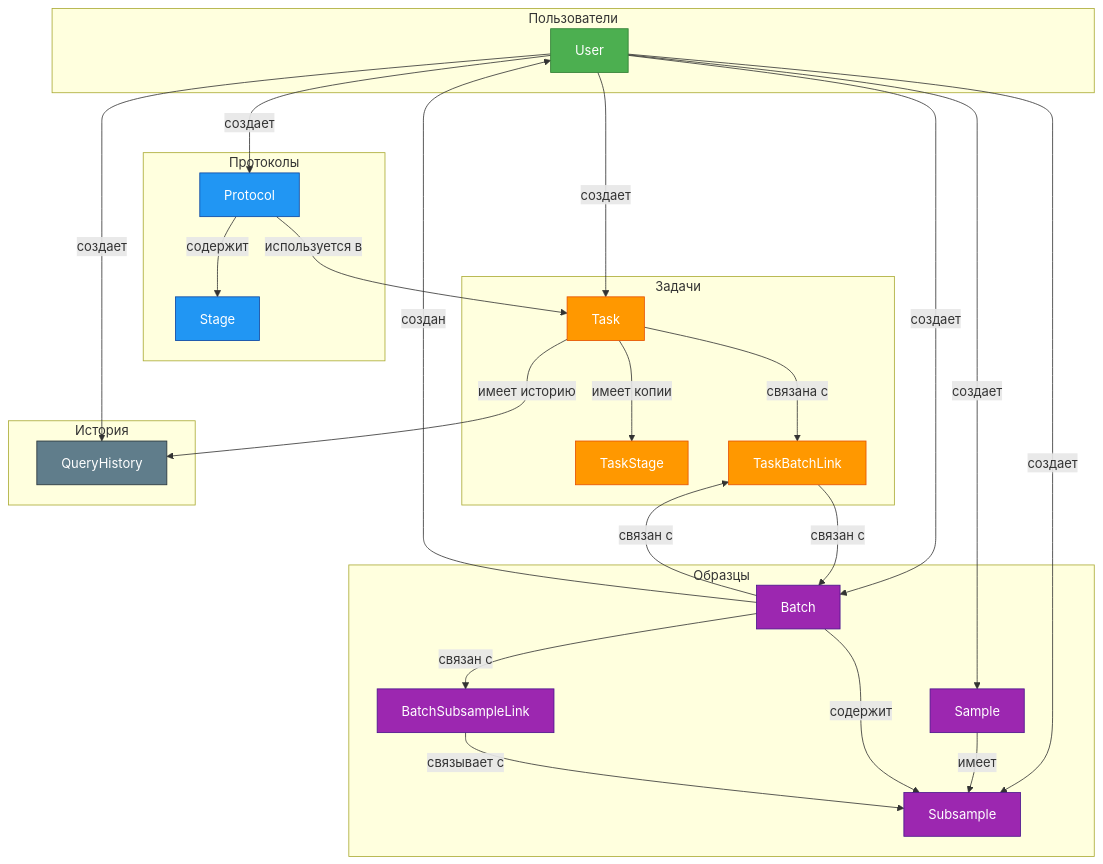
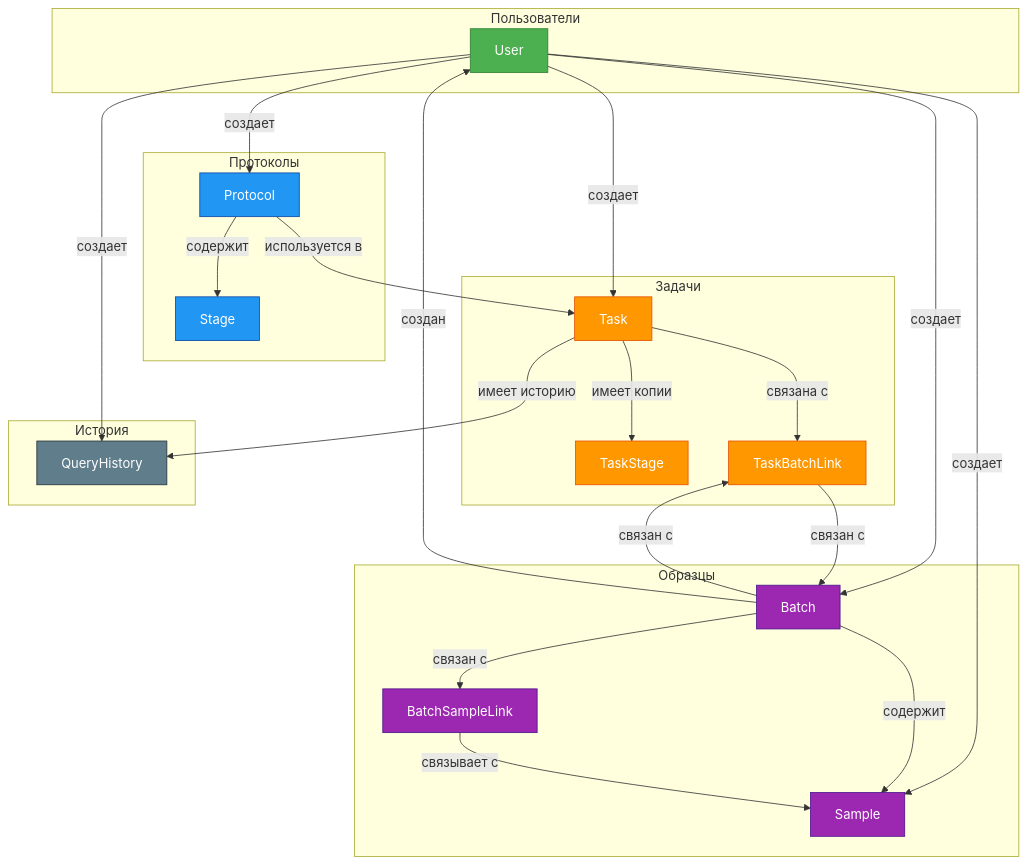
One commit to PHILIPP111007/philslab changed the diagram in README.md. Above: the diagram before and after it, drawn with Mermaid.

````diff
--- a/README.md
+++ b/README.md
@@ -5,64 +5,59 @@
 ```mermaid
 graph TB
     subgraph "Пользователи"
         User[User]
     end
 
     subgraph "Протоколы"
         Protocol[Protocol]
         Stage[Stage]
     end
 
     subgraph "Задачи"
         Task[Task]
         TaskStage[TaskStage]
         TaskBatchLink[TaskBatchLink]
     end
 
     subgraph "Образцы"
         Sample[Sample]
-        Subsample[Subsample]
         Batch[Batch]
-        BatchSubsampleLink[BatchSubsampleLink]
+        BatchSampleLink[BatchSampleLink]
     end
 
     subgraph "История"
         QueryHistory[QueryHistory]
     end
 
     User -->|создает| Protocol
     User -->|создает| Task
     User -->|создает| Batch
     User -->|создает| Sample
-    User -->|создает| Subsample
     User -->|создает| QueryHistory
     
     Protocol -->|содержит| Stage
     Protocol -->|используется в| Task
     
     Task -->|имеет копии| TaskStage
     Task -->|связана с| TaskBatchLink
     TaskBatchLink -->|связан с| Batch
     Task -->|имеет историю| QueryHistory
     
-    Sample -->|имеет| Subsample
-    
-    Batch -->|содержит| Subsample
-    Batch -->|связан с| BatchSubsampleLink
-    BatchSubsampleLink -->|связывает с| Subsample
+    Batch -->|содержит| Sample
+    Batch -->|связан с| BatchSampleLink
+    BatchSampleLink -->|связывает с| Sample
     
     Batch -->|связан с| TaskBatchLink
     Batch -->|создан| User
 
     style User fill:#4CAF50,stroke:#2E7D32,color:#fff
     style Protocol fill:#2196F3,stroke:#0D47A1,color:#fff
     style Stage fill:#2196F3,stroke:#0D47A1,color:#fff
     style Task fill:#FF9800,stroke:#E65100,color:#fff
     style TaskStage fill:#FF9800,stroke:#E65100,color:#fff
     style TaskBatchLink fill:#FF9800,stroke:#E65100,color:#fff
     style Sample fill:#9C27B0,stroke:#4A148C,color:#fff
-    style Subsample fill:#9C27B0,stroke:#4A148C,color:#fff
     style Batch fill:#9C27B0,stroke:#4A148C,color:#fff
-    style BatchSubsampleLink fill:#9C27B0,stroke:#4A148C,color:#fff
+    style BatchSampleLink fill:#9C27B0,stroke:#4A148C,color:#fff
     style QueryHistory fill:#607D8B,stroke:#263238,color:#fff
 ```
````
